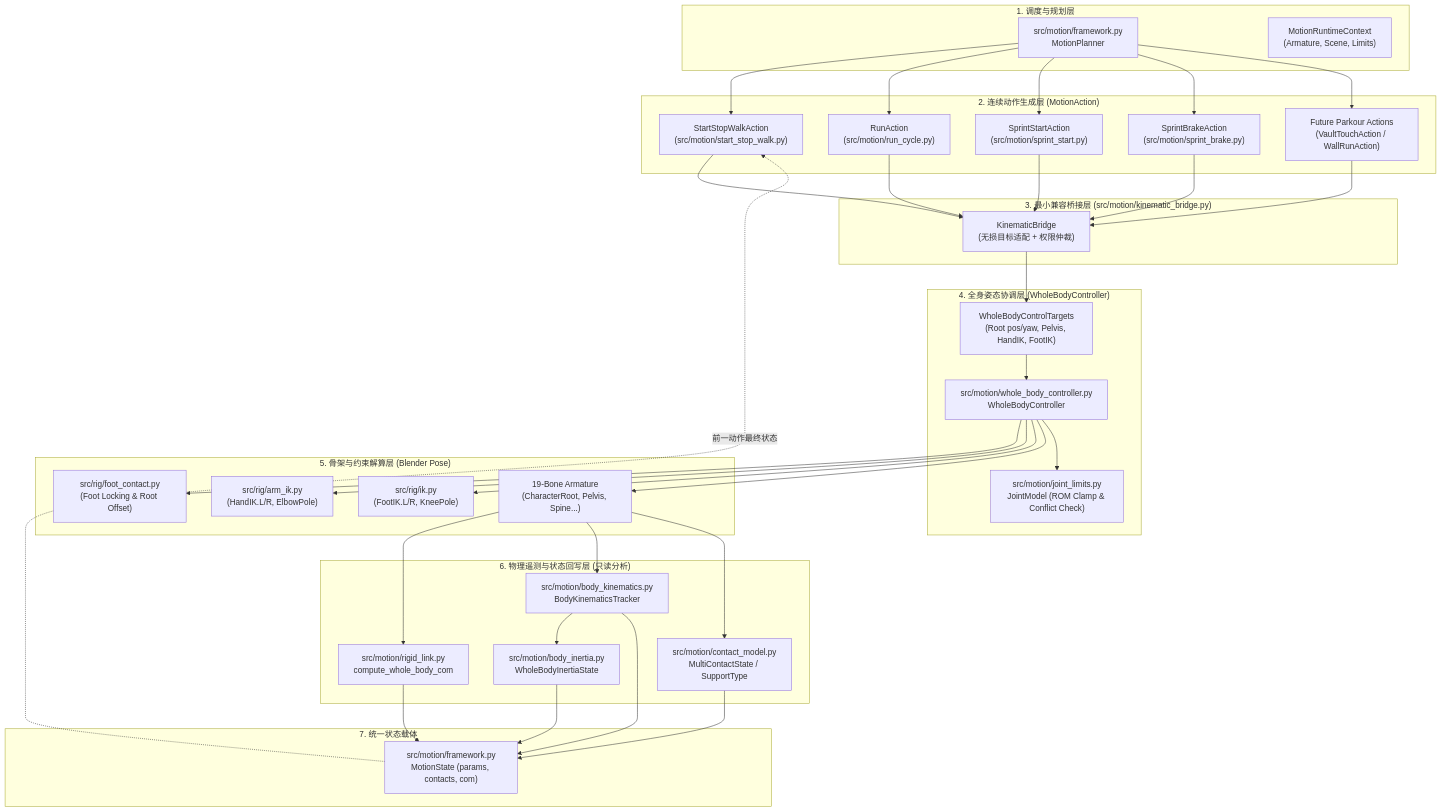
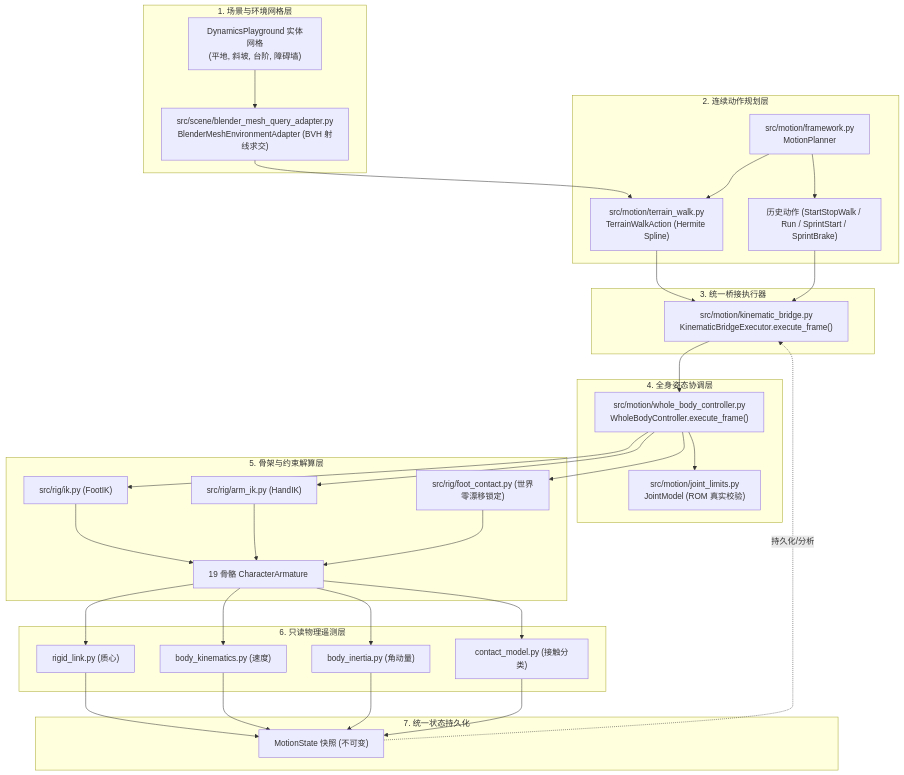
Before and after one commit to cgfe10231-ai/ProceduralAnimation: the diagram in ARCHITECTURE_SYNC.md, drawn with Mermaid. The commit also changed other lines of this file and 27 other files, not shown here.

Commit message:
docs(audit): reconcile environment gate01 architecture and integration gaps

````diff
--- a/ARCHITECTURE_SYNC.md
+++ b/ARCHITECTURE_SYNC.md
@@ -30,61 +30,52 @@
 ```mermaid
 flowchart TD
-    subgraph SchedLayer["1. 调度与规划层"]
-        Planner["src/motion/framework.py<br/>MotionPlanner"]
-        Context["MotionRuntimeContext<br/>(Armature, Scene, Limits)"]
+    subgraph Scene["1. 场景与环境网格层"]
+        MeshEnv["DynamicsPlayground 实体网格<br/>(平地, 斜坡, 台阶, 障碍墙)"]
+        Adapter["src/scene/blender_mesh_query_adapter.py<br/>BlenderMeshEnvironmentAdapter (BVH 射线求交)"]
+        MeshEnv --> Adapter
     end
 
-    subgraph ActionLayer["2. 连续动作生成层 (MotionAction)"]
-        WalkAction["StartStopWalkAction<br/>(src/motion/start_stop_walk.py)"]
-        RunAction["RunAction<br/>(src/motion/run_cycle.py)"]
-        SprintAction["SprintStartAction<br/>(src/motion/sprint_start.py)"]
-        BrakeAction["SprintBrakeAction<br/>(src/motion/sprint_brake.py)"]
-        VaultAction["Future Parkour Actions<br/>(VaultTouchAction / WallRunAction)"]
+    subgraph Planning["2. 连续动作规划层"]
+        Planner["src/motion/framework.py<br/>MotionPlanner"]
+        TWalk["src/motion/terrain_walk.py<br/>TerrainWalkAction (Hermite Spline)"]
+        History["历史动作 (StartStopWalk / Run / SprintStart / SprintBrake)"]
+        Adapter --> TWalk
+        Planner --> TWalk & History
     end
 
-    subgraph BridgeLayer["3. 最小兼容桥接层 (src/motion/kinematic_bridge.py)"]
-        Bridge["KinematicBridge<br/>(无损目标适配 + 权限仲裁)"]
+    subgraph Bridge["3. 统一桥接执行器"]
+        BridgeExec["src/motion/kinematic_bridge.py<br/>KinematicBridgeExecutor.execute_frame()"]
+        TWalk --> BridgeExec
+        History --> BridgeExec
     end
 
-    subgraph CoordLayer["4. 全身姿态协调层 (WholeBodyController)"]
-        WBC["src/motion/whole_body_controller.py<br/>WholeBodyController"]
-        Targets["WholeBodyControlTargets<br/>(Root pos/yaw, Pelvis, HandIK, FootIK)"]
-        ROM["src/motion/joint_limits.py<br/>JointModel (ROM Clamp & Conflict Check)"]
+    subgraph WBC["4. 全身姿态协调层"]
+        WBC_Inst["src/motion/whole_body_controller.py<br/>WholeBodyController.execute_frame()"]
+        ROM["src/motion/joint_limits.py<br/>JointModel (ROM 真实校验)"]
+        BridgeExec --> WBC_Inst
+        WBC_Inst --> ROM
     end
 
-    subgraph RigLayer["5. 骨架与约束解算层 (Blender Pose)"]
-        ArmIK["src/rig/arm_ik.py<br/>(HandIK.L/R, ElbowPole)"]
-        LegIK["src/rig/ik.py<br/>(FootIK.L/R, KneePole)"]
-        FootLock["src/rig/foot_contact.py<br/>(Foot Locking & Root Offset)"]
-        PoseBones["19-Bone Armature<br/>(CharacterRoot, Pelvis, Spine...)"]
+    subgraph Rig["5. 骨架与约束解算层"]
+        LegIK["src/rig/ik.py (FootIK)"]
+        ArmIK["src/rig/arm_ik.py (HandIK)"]
+        FootLock["src/rig/foot_contact.py (世界零漂移锁定)"]
+        Armature["19 骨骼 CharacterArmature"]
+        WBC_Inst --> LegIK & ArmIK & FootLock
+        LegIK & ArmIK & FootLock --> Armature
     end
 
-    subgraph TelemetryLayer["6. 物理遥测与状态回写层 (只读分析)"]
-        CoMEval["src/motion/rigid_link.py<br/>compute_whole_body_com"]
-        KinEval["src/motion/body_kinematics.py<br/>BodyKinematicsTracker"]
-        InertiaEval["src/motion/body_inertia.py<br/>WholeBodyInertiaState"]
-        ContactEval["src/motion/contact_model.py<br/>MultiContactState / SupportType"]
+    subgraph Telemetry["6. 只读物理遥测层"]
+        CoM["rigid_link.py (质心)"]
+        Kin["body_kinematics.py (速度)"]
+        Inertia["body_inertia.py (角动量)"]
+        Contact["contact_model.py (接触分类)"]
+        Armature --> CoM & Kin & Inertia & Contact
     end
 
-    subgraph StateLayer["7. 统一状态载体"]
-        MotionState["src/motion/framework.py<br/>MotionState (params, contacts, com)"]
+    subgraph State["7. 统一状态持久化"]
+        MState["MotionState 快照 (不可变)"]
+        CoM & Kin & Inertia & Contact --> MState
+        MState -.->|持久化/分析| BridgeExec
     end
-
-    Planner --> WalkAction & RunAction & SprintAction & BrakeAction & VaultAction
-    WalkAction & RunAction & SprintAction & BrakeAction & VaultAction --> Bridge
-    Bridge --> Targets
-    Targets --> WBC
-    WBC --> FootLock
-    WBC --> ArmIK
-    WBC --> LegIK
-    WBC --> PoseBones
-    WBC --> ROM
-
-    PoseBones --> CoMEval
-    PoseBones --> KinEval
-    KinEval --> InertiaEval
-    PoseBones --> ContactEval
-
-    CoMEval & KinEval & InertiaEval & ContactEval --> MotionState
-    MotionState -.->|前一动作最终状态| WalkAction
 ```
````
